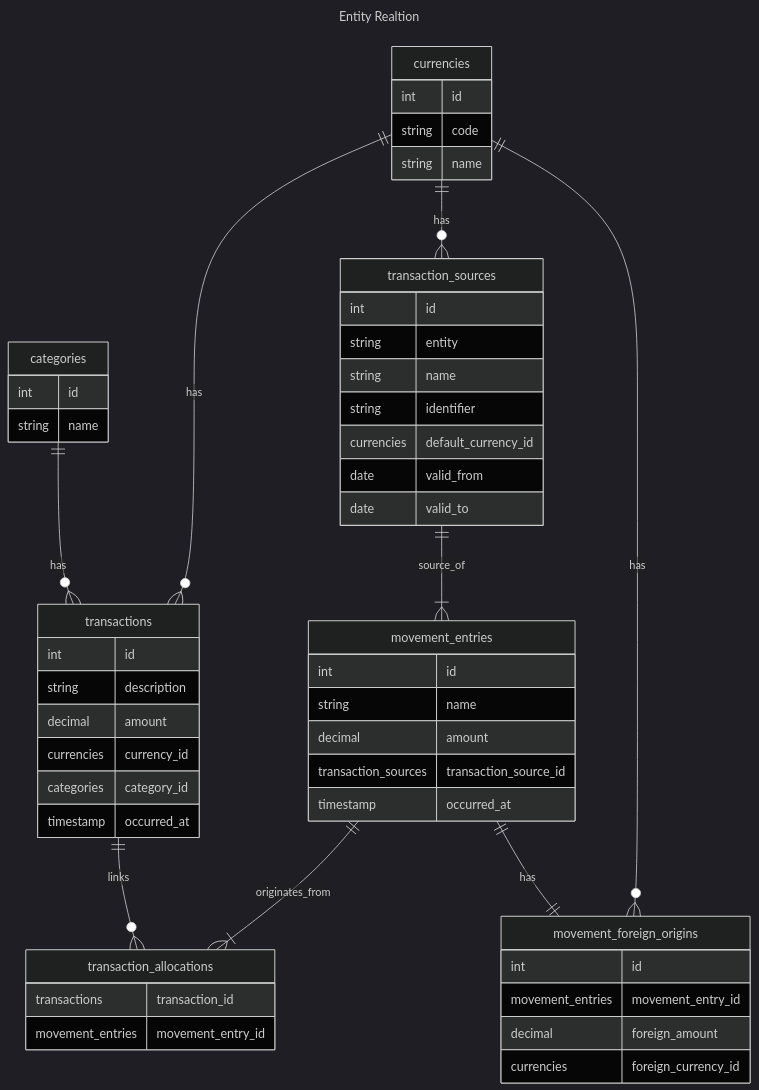
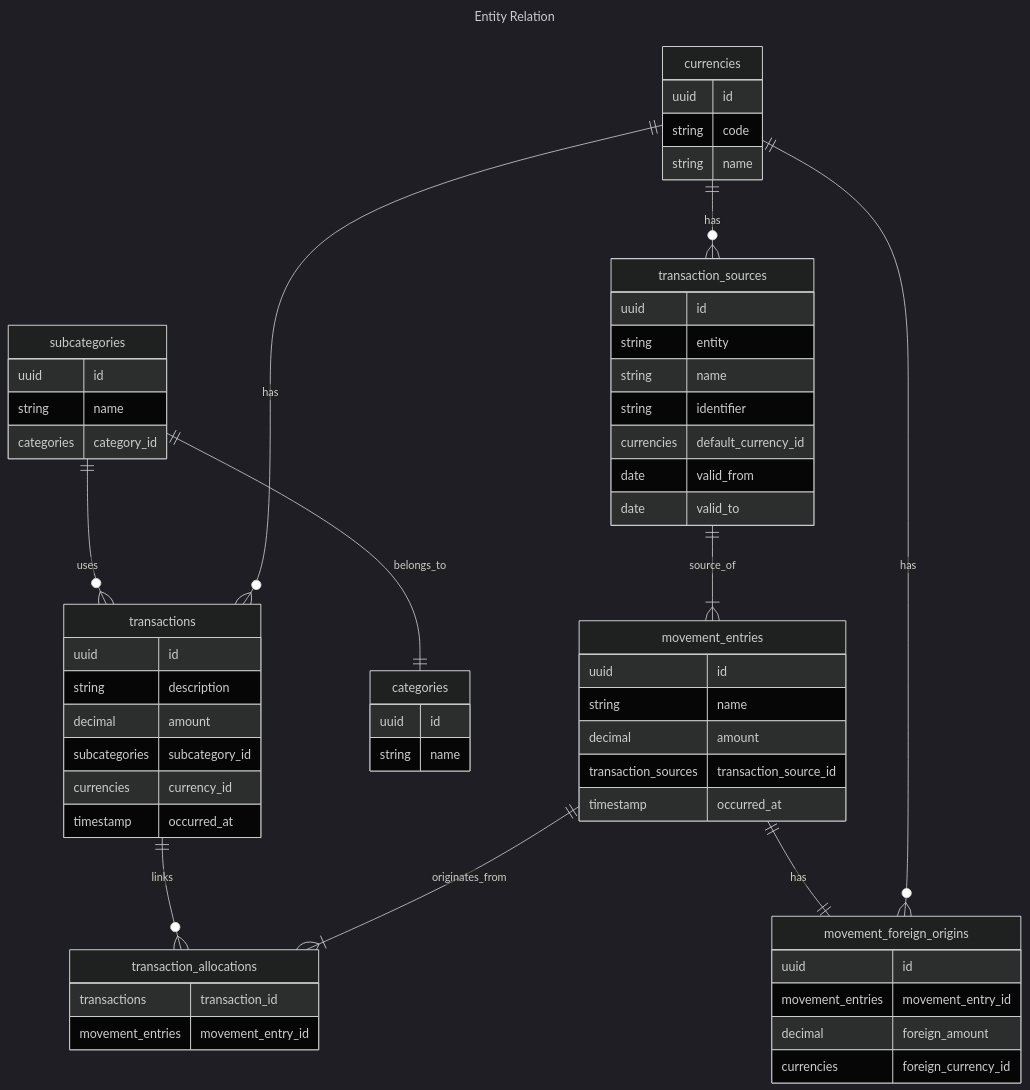
One commit to manuelrmenesesr/finales changed the diagram in docs/er.md. Above: the diagram before and after it, drawn with Mermaid (dark theme).

Commit message:
feat(docs/er.md): add uuid and subcategories

````diff
--- a/docs/er.md
+++ b/docs/er.md
@@ -1,58 +1,64 @@
 ```mermaid
 ---
-title: Entity Realtion
+title: Entity Relation
 ---
 erDiagram
     transactions ||--o{ transaction_allocations : links
-    categories ||--o{ transactions : has
+    subcategories ||--o{ transactions : uses
+    subcategories ||--|| categories : belongs_to
     currencies ||--o{ transactions : has
     movement_entries ||--|{ transaction_allocations : originates_from
     movement_entries ||--|| movement_foreign_origins : has
     currencies ||--o{ movement_foreign_origins : has
     transaction_sources ||--|{ movement_entries : source_of
     currencies ||--o{ transaction_sources : has
 
     transactions {
-        int id
+        uuid id
         string description
         decimal amount
+        subcategories subcategory_id
         currencies currency_id
-        categories category_id
         timestamp occurred_at
     }
     movement_entries {
-        int id
+        uuid id
         string name
         decimal amount
         transaction_sources transaction_source_id
         timestamp occurred_at
     }
     movement_foreign_origins {
-        int id
+        uuid id
         movement_entries movement_entry_id
         decimal foreign_amount
         currencies foreign_currency_id
     }
     transaction_allocations {
         transactions transaction_id
         movement_entries movement_entry_id
     }
     categories {
-        int id
+        uuid id
         string name
     }
+    subcategories {
+        uuid id
+        string name
+        categories category_id
+    }
     currencies {
-        int id
+        uuid id
         string code
         string name
     }
     transaction_sources {
-        int id
+        uuid id
         string entity
         string name
         string identifier
         currencies default_currency_id
         date valid_from
         date valid_to
     }
 ```
````
